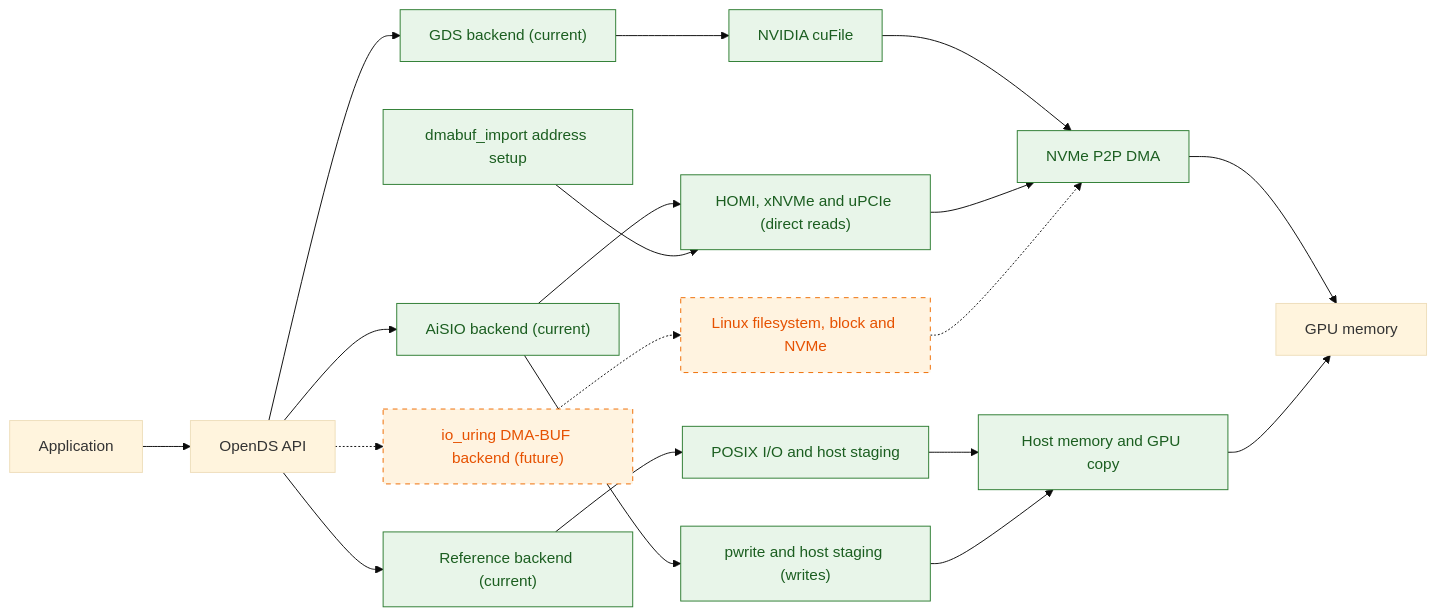
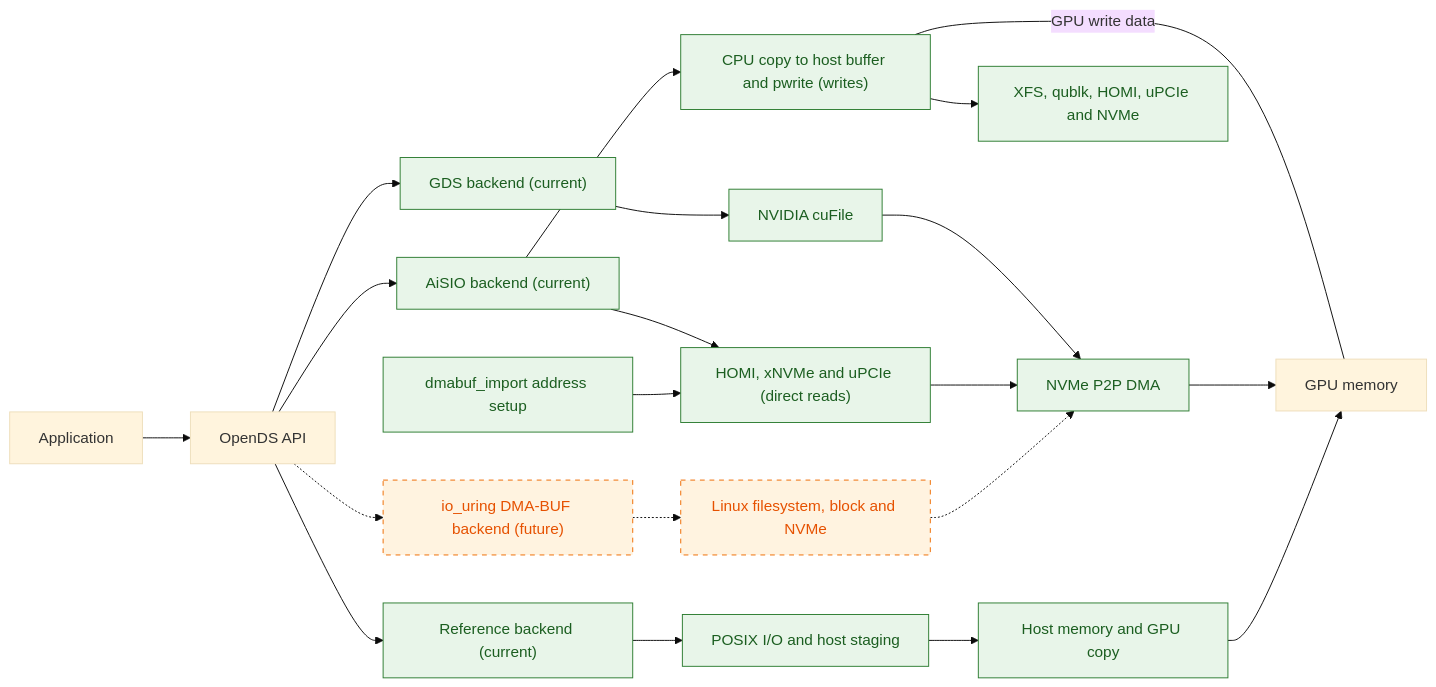
Before and after one commit to anuj7781/pages: the diagram in aisio-opends-notes.md, drawn with Mermaid (base theme). The commit also changed other lines of this file, not shown here.

Commit message:
docs: correct the AiSIO write path

````diff
--- a/aisio-opends-notes.md
+++ b/aisio-opends-notes.md
@@ -41,29 +42,30 @@
 ```mermaid
 flowchart LR
     app["Application"] --> api["OpenDS API"]
 
     api --> ref["Reference backend (current)"]
     api --> gds["GDS backend (current)"]
     api --> aisio["AiSIO backend (current)"]
     api -.-> uring["io_uring DMA-BUF backend (future)"]
 
     ref --> posix["POSIX I/O and host staging"]
     gds --> cufile["NVIDIA cuFile"]
     aisio --> userStack["HOMI, xNVMe and uPCIe (direct reads)"]
-    aisio --> stagedWrites["pwrite and host staging (writes)"]
+    aisio --> stagedWrites["CPU copy to host buffer and pwrite (writes)"]
     importer["dmabuf_import address setup"] --> userStack
     uring -.-> kernelStack["Linux filesystem, block and NVMe"]
 
     posix --> hostPath["Host memory and GPU copy"]
-    stagedWrites --> hostPath
+    stagedWrites <---|"GPU write data"| gpu
+    stagedWrites --> writeStack["XFS, qublk, HOMI, uPCIe and NVMe"]
     cufile --> p2pPath["NVMe P2P DMA"]
     userStack --> p2pPath
     kernelStack -.-> p2pPath
     p2pPath --> gpu["GPU memory"]
     hostPath --> gpu
 
     classDef current fill:#e8f5e9,stroke:#2e7d32,color:#1b5e20
     classDef future fill:#fff3e0,stroke:#ef6c00,color:#e65100,stroke-dasharray:5 5
-    class ref,gds,aisio,posix,cufile,userStack,stagedWrites,importer,hostPath,p2pPath current
+    class ref,gds,aisio,posix,cufile,userStack,stagedWrites,writeStack,importer,hostPath,p2pPath current
     class uring,kernelStack future
 ```
````
